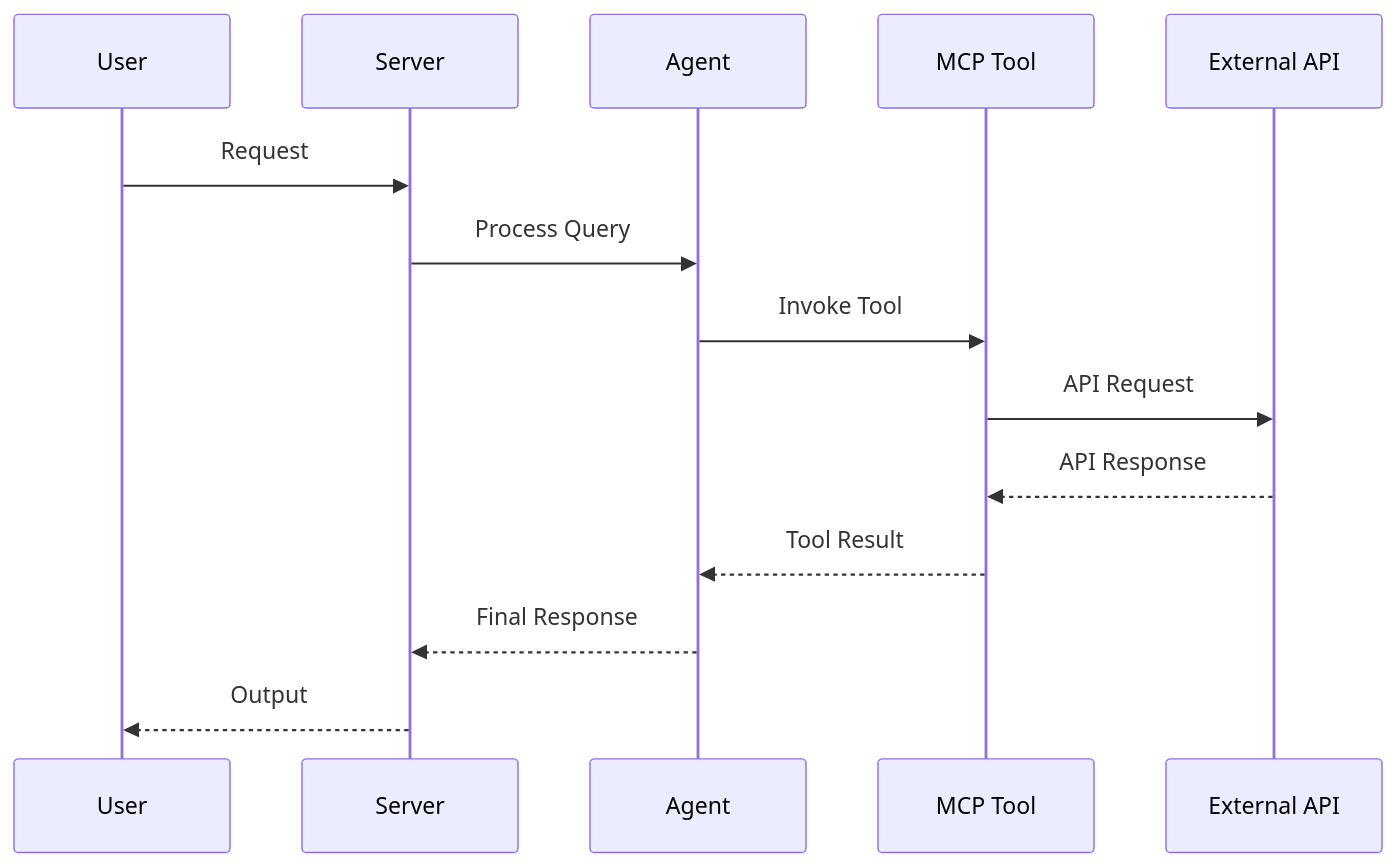
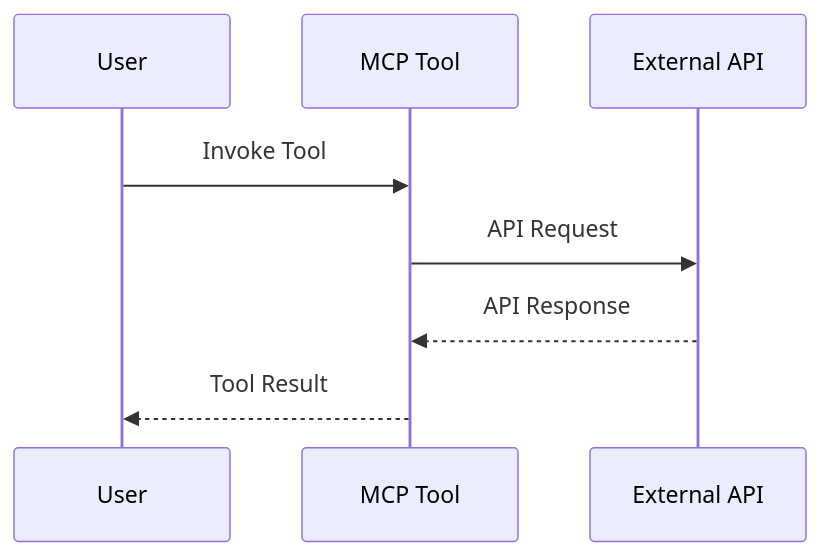
Before and after one commit to Knuckles-Team/pulselink-mcp: the second of 2 diagrams in AGENTS.md, drawn with Mermaid. The commit also changed other lines of this file and 46 other files, not shown here.

````diff
--- a/AGENTS.md
+++ b/AGENTS.md
@@ -28,17 +24,11 @@
 ```mermaid
 sequenceDiagram
     participant U as User
-    participant S as Server
-    participant A as Agent
     participant T as MCP Tool
     participant API as External API
 
-    U->>S: Request
-    S->>A: Process Query
-    A->>T: Invoke Tool
+    U->>T: Invoke Tool
     T->>API: API Request
     API-->>T: API Response
-    T-->>A: Tool Result
-    A-->>S: Final Response
-    S-->>U: Output
+    T-->>U: Tool Result
 ```
````
